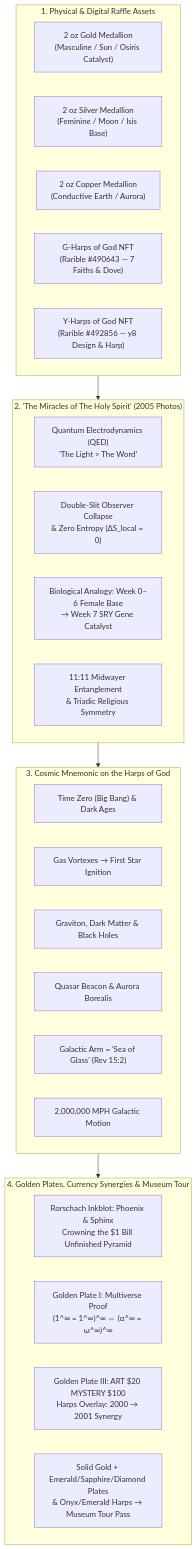
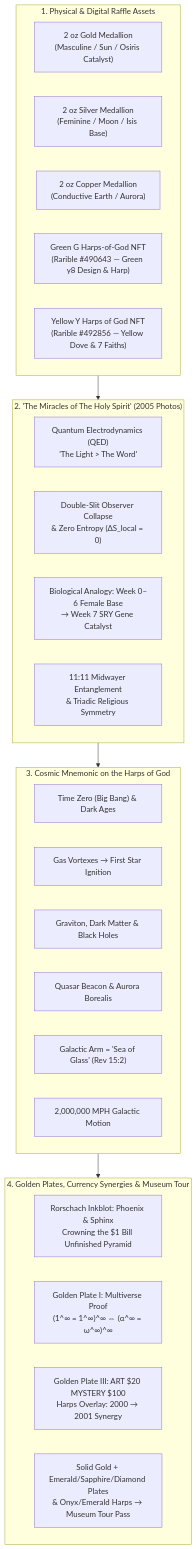
One commit to jasonsprouse/digital-golden-plates changed the diagram in docs/nft_harps_of_god_raffle_presentation.md. Above: the diagram before and after it, drawn with Mermaid. The commit also changed other lines of this file, not shown here.

Commit message:
Update Markdown presentation docs with Green G Harps-of-God (#490643) and Yellow Y Harps of God (#492856)

````diff
--- a/docs/nft_harps_of_god_raffle_presentation.md
+++ b/docs/nft_harps_of_god_raffle_presentation.md
@@ -193,37 +193,37 @@
 ```mermaid
 flowchart TD
     subgraph RAFFLE["1. Physical & Digital Raffle Assets"]
         M_GOLD["2 oz Gold Medallion<br/>(Masculine / Sun / Osiris Catalyst)"]
         M_SILV["2 oz Silver Medallion<br/>(Feminine / Moon / Isis Base)"]
         M_COPP["2 oz Copper Medallion<br/>(Conductive Earth / Aurora)"]
-        NFT_G["G-Harps of God NFT<br/>(Rarible #490643 — 7 Faiths & Dove)"]
-        NFT_Y["Y-Harps of God NFT<br/>(Rarible #492856 — y8 Design & Harp)"]
+        NFT_G["Green G Harps-of-God NFT<br/>(Rarible #490643 — Green y8 Design & Harp)"]
+        NFT_Y["Yellow Y Harps of God NFT<br/>(Rarible #492856 — Yellow Dove & 7 Faiths)"]
     end
 
     subgraph MIRACLES["2. 'The Miracles of The Holy Spirit' (2005 Photos)"]
         QED["Quantum Electrodynamics (QED)<br/>'The Light > The Word'"]
         SLIT["Double-Slit Observer Collapse<br/>& Zero Entropy (ΔS_local = 0)"]
         SRY["Biological Analogy: Week 0–6 Female Base<br/>→ Week 7 SRY Gene Catalyst"]
         SYNC["11:11 Midwayer Entanglement<br/>& Triadic Religious Symmetry"]
     end
 
     subgraph MNEMONIC["3. Cosmic Mnemonic on the Harps of God"]
         C1["Time Zero (Big Bang) & Dark Ages"]
         C2["Gas Vortexes → First Star Ignition"]
         C3["Graviton, Dark Matter & Black Holes"]
         C4["Quasar Beacon & Aurora Borealis"]
         C5["Galactic Arm = 'Sea of Glass' (Rev 15:2)"]
         C6["2,000,000 MPH Galactic Motion"]
     end
 
     subgraph PLATES["4. Golden Plates, Currency Synergies & Museum Tour"]
         RORSCH["Rorschach Inkblot: Phoenix & Sphinx<br/>Crowning the $1 Bill Unfinished Pyramid"]
         PLATE_EQ["Golden Plate I: Multiverse Proof<br/>(1^∞ = 1^∞)^∞ ⇔ (α^∞ = ω^∞)^∞"]
         PLATE_YR["Golden Plate III: ART $20 MYSTERY $100<br/>Harps Overlay: 2000 → 2001 Synergy"]
         TOUR["Solid Gold + Emerald/Sapphire/Diamond Plates<br/>& Onyx/Emerald Harps → Museum Tour Pass"]
     end
 
     RAFFLE --> MIRACLES
     MIRACLES --> MNEMONIC
     MNEMONIC --> PLATES
 ```
````
